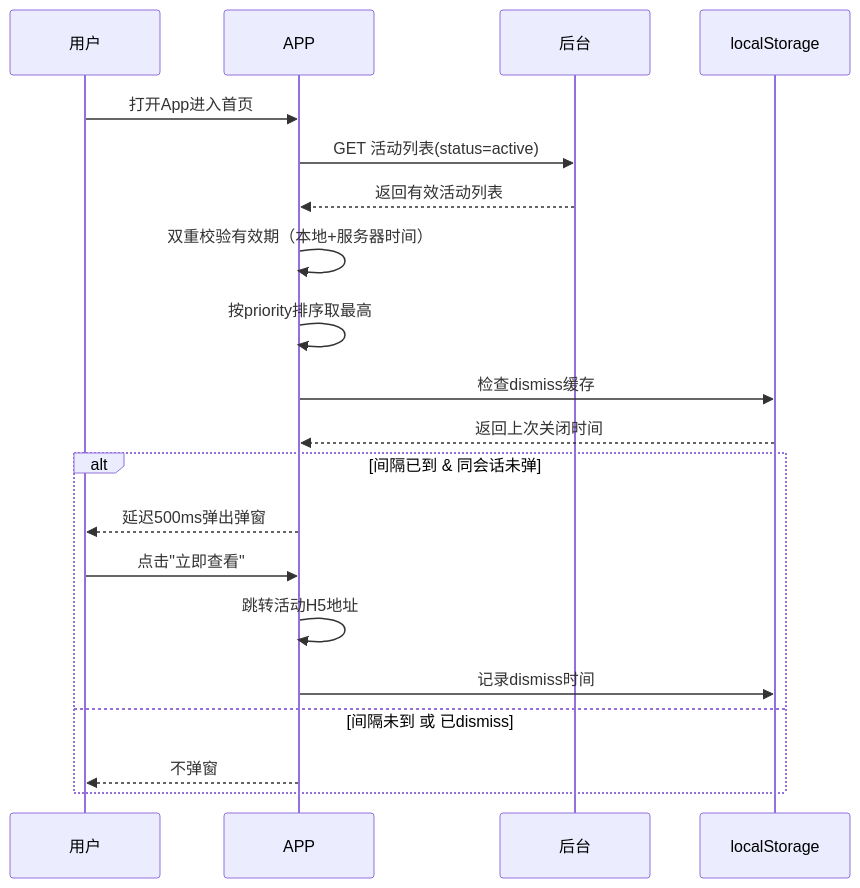
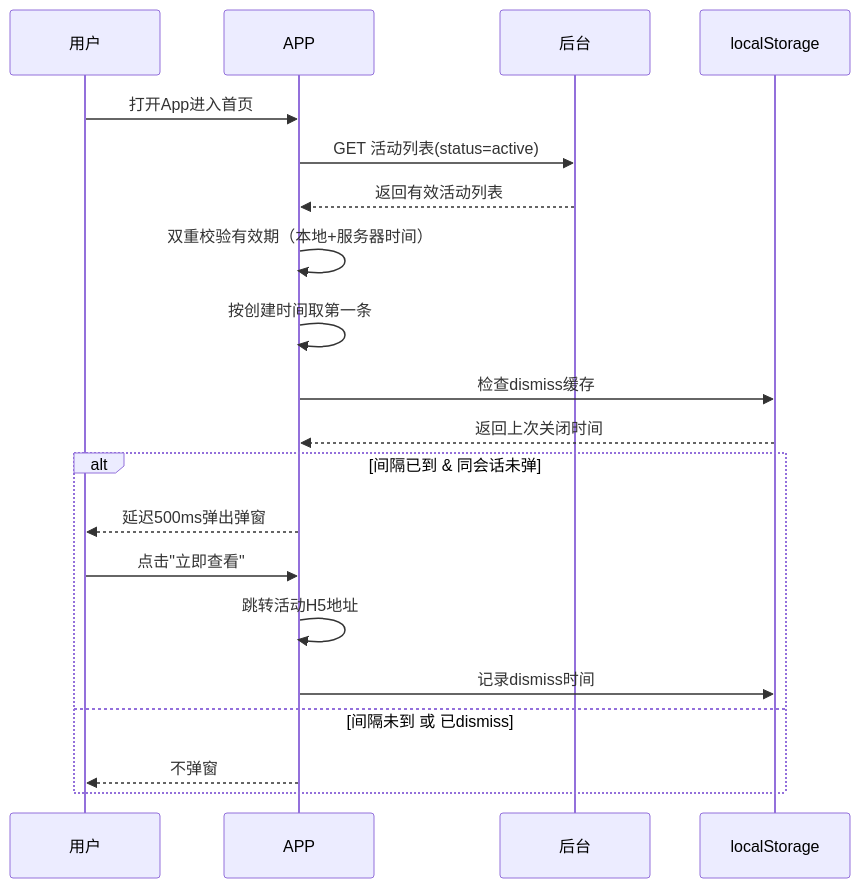
Before and after one commit to hongtao-l/platform: the fourth of 4 diagrams in docs/prd_full/活动位运营/活动位运营03PRD.md, drawn with Mermaid. The commit also changed other lines of this file and 17 other files, not shown here.

````diff
--- a/docs/prd_full/活动位运营/活动位运营03PRD.md
+++ b/docs/prd_full/活动位运营/活动位运营03PRD.md
@@ -170,23 +174,23 @@
 ```mermaid
 sequenceDiagram
     participant U as 用户
     participant A as APP
     participant S as 后台
     participant LS as localStorage
 
     U->>A: 打开App进入首页
     A->>S: GET 活动列表(status=active)
     S-->>A: 返回有效活动列表
     A->>A: 双重校验有效期（本地+服务器时间）
-    A->>A: 按priority排序取最高
+    A->>A: 按创建时间取第一条
     A->>LS: 检查dismiss缓存
     LS-->>A: 返回上次关闭时间
     alt 间隔已到 & 同会话未弹
         A-->>U: 延迟500ms弹出弹窗
         U->>A: 点击"立即查看"
         A->>A: 跳转活动H5地址
         A->>LS: 记录dismiss时间
     else 间隔未到 或 已dismiss
         A-->>U: 不弹窗
     end
 ```
````
